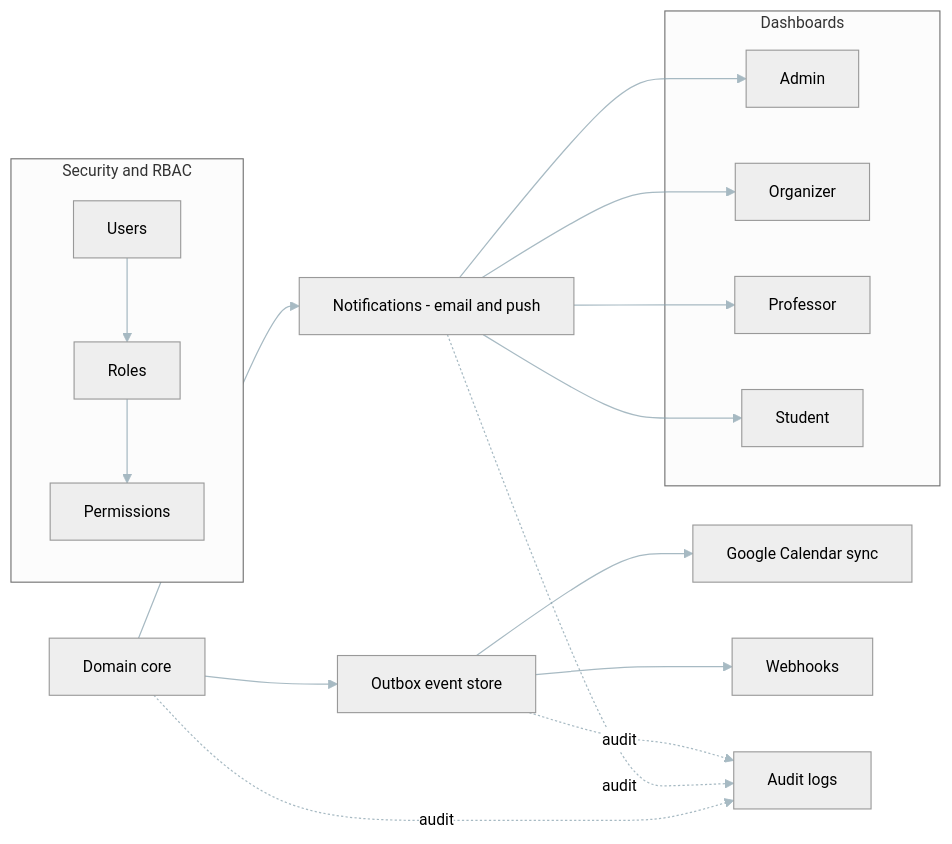
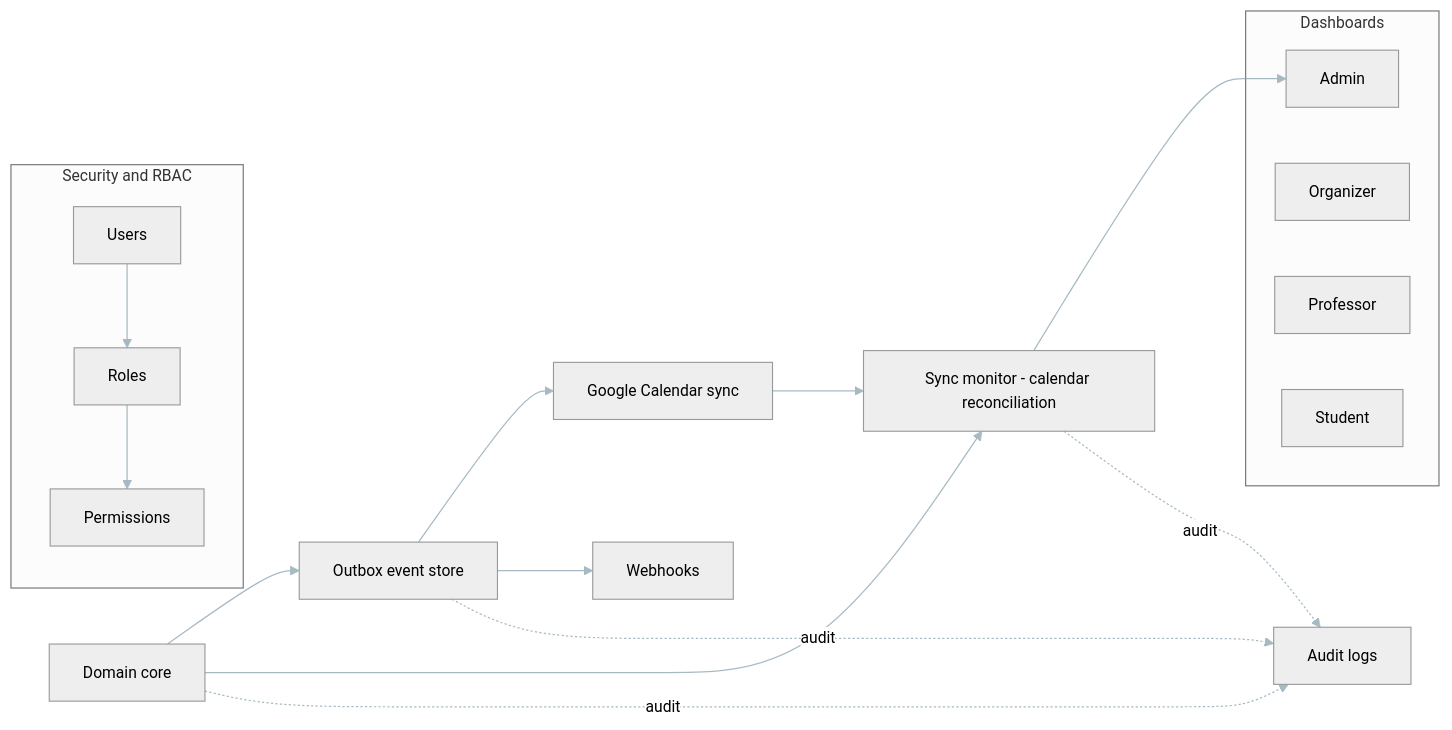
One commit to djole994/E-Raspored-docs changed the third of 3 diagrams in README.md. Above: the diagram before and after it, drawn with Mermaid. The commit also changed other lines of this file, not shown here.

````diff
--- a/README.md
+++ b/README.md
@@ -185,36 +193,36 @@
 ```mermaid 
 
 %%{init: {"theme":"neutral","themeVariables":{
   "primaryColor":"#6096B4","secondaryColor":"#93BFCF","tertiaryColor":"#BDCDD6",
   "lineColor":"#2f4f60","fontFamily":"Inter,Segoe UI,Arial","fontSize":"14px"
 }, "flowchart": { "useMaxWidth": false } }}%%
 flowchart LR
   CORE[Domain core] --> OUTB[Outbox event store]
   OUTB --> GCAL[Google Calendar sync]
   OUTB --> WH[Webhooks]
 
-  CORE --> NT[Notifications - email and push]
+  RECON[Sync monitor - calendar reconciliation]
+  CORE --> RECON
+  GCAL --> RECON
 
   subgraph DASH[Dashboards]
     DADM[Admin]
     DORG[Organizer]
     DPROF[Professor]
     DSTUD[Student]
   end
-  NT --> DADM
-  NT --> DORG
-  NT --> DPROF
-  NT --> DSTUD
+  RECON --> DADM
 
   subgraph RBAC[Security and RBAC]
     U[Users] --> R[Roles] --> P[Permissions]
   end
 
   AUD[Audit logs]
   CORE -.audit.-> AUD
-  NT   -.audit.-> AUD
   OUTB -.audit.-> AUD
+  RECON -.audit.-> AUD
 
   linkStyle default stroke:#8aa3af,stroke-width:1.1,opacity:0.75;
 
+
 ```
````
